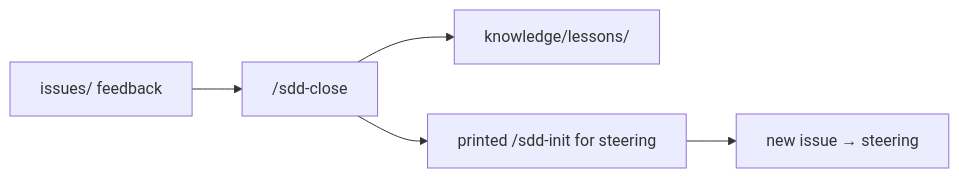
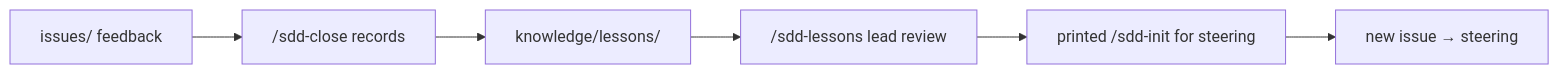
Before and after one commit to paterapatera/sdd-orc: the third of 3 diagrams in README.md, drawn with Mermaid. The commit also changed other lines of this file and 15 other files, not shown here.

First line of the commit message:
feat: record-only close and /sdd-lessons adoption skill (1.1.0) (#10)

````diff
--- a/README.md
+++ b/README.md
@@ -153,7 +155,8 @@
 ```mermaid
 flowchart LR
-  issue["issues/ feedback"] --> close["/sdd-close"]
+  issue["issues/ feedback"] --> close["/sdd-close records"]
   close --> lessons["knowledge/lessons/"]
-  close --> steerMsg["printed /sdd-init for steering"]
+  lessons --> review["/sdd-lessons lead review"]
+  review --> steerMsg["printed /sdd-init for steering"]
   steerMsg --> newIssue["new issue → steering"]
 ```
````
